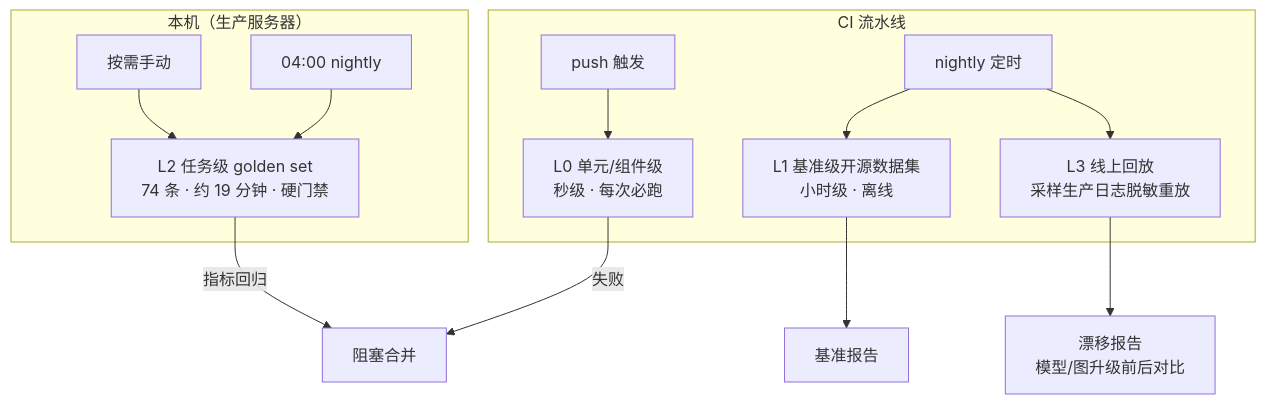
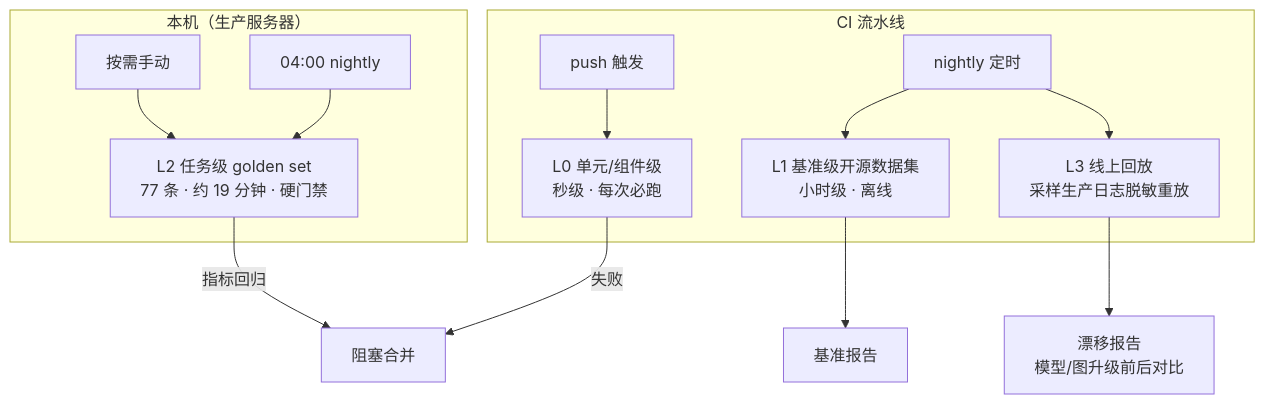
The first of 2 diagrams in docs/eval-observability.md (BigLeopardCat/saudade-blog-agent), drawn with Mermaid before and after one commit. The commit also changed other lines of this file and 1 other file, not shown here.

First line of the commit message:
docs: 同步实体摘要与 golden 计数（77 条/63 标签、L0 五套件）

````diff
--- a/docs/eval-observability.md
+++ b/docs/eval-observability.md
@@ -59,16 +62,16 @@
 ```mermaid
 flowchart TB
     subgraph CI[CI 流水线]
         P0[push 触发] --> L0[L0 单元/组件级<br/>秒级 · 每次必跑]
         N[nightly 定时] --> L1[L1 基准级开源数据集<br/>小时级 · 离线]
         N --> L3[L3 线上回放<br/>采样生产日志脱敏重放]
     end
     subgraph LOCAL[本机（生产服务器）]
-        P1[按需手动] --> L2[L2 任务级 golden set<br/>74 条 · 约 19 分钟 · 硬门禁]
+        P1[按需手动] --> L2[L2 任务级 golden set<br/>77 条 · 约 19 分钟 · 硬门禁]
         N2[04:00 nightly] --> L2
     end
     L0 -->|失败| BLOCK[阻塞合并]
     L2 -->|指标回归| BLOCK
     L1 --> R1[基准报告]
     L3 --> R2[漂移报告<br/>模型/图升级前后对比]
 ```
````
